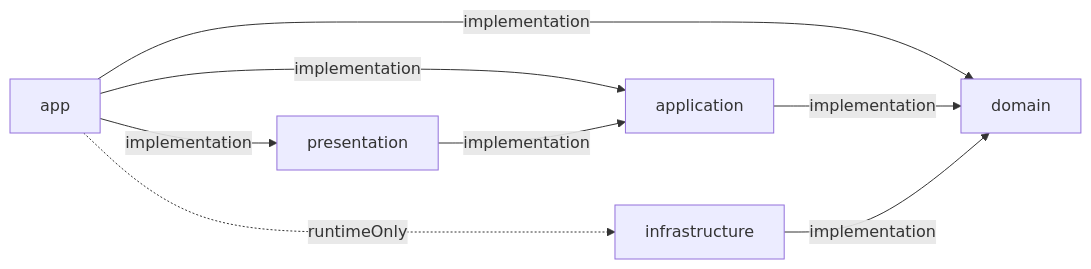
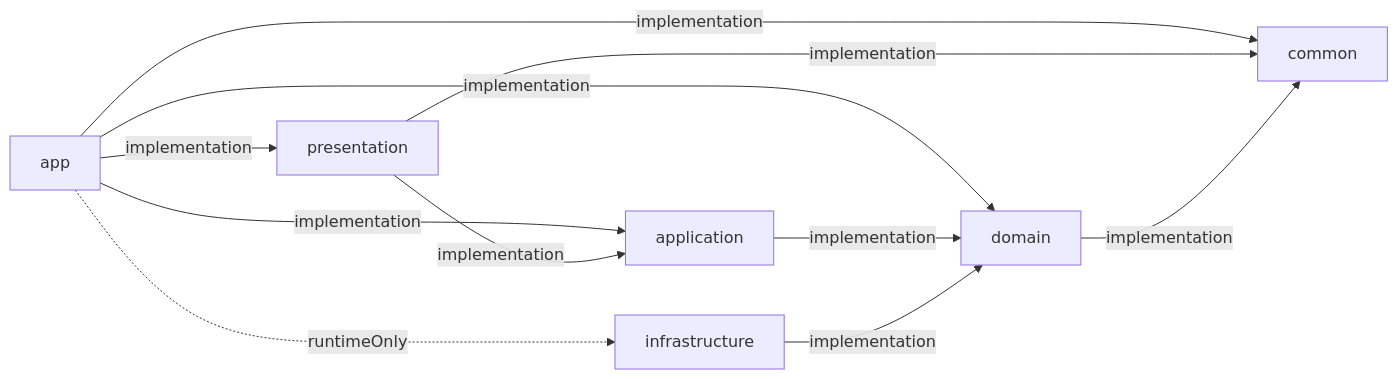
Before and after one commit to GoToOOP2/OOP: the second of 3 diagrams in docs/architecture/ARCHITECTURE.md, drawn with Mermaid.

Commit message:
docs : 아키텍처 문서에 common 레이어를 반영

````diff
--- a/docs/architecture/ARCHITECTURE.md
+++ b/docs/architecture/ARCHITECTURE.md
@@ -46,17 +46,21 @@
 ```mermaid
 flowchart LR
+    common["common"]
     app["app"]
     presentation["presentation"]
     application["application"]
     domain["domain"]
     infrastructure["infrastructure"]
 
     app -->|implementation| presentation
     app -->|implementation| application
     app -->|implementation| domain
+    app -->|implementation| common
     app -.->|runtimeOnly| infrastructure
 
     presentation -->|implementation| application
+    presentation -->|implementation| common
     application  -->|implementation| domain
+    domain -->|implementation| common
     infrastructure -->|implementation| domain
 ```
````
